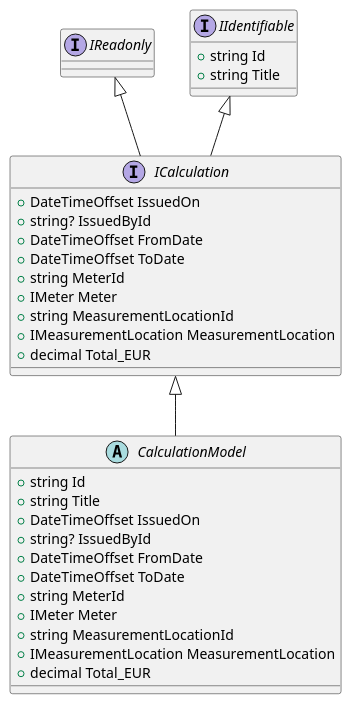
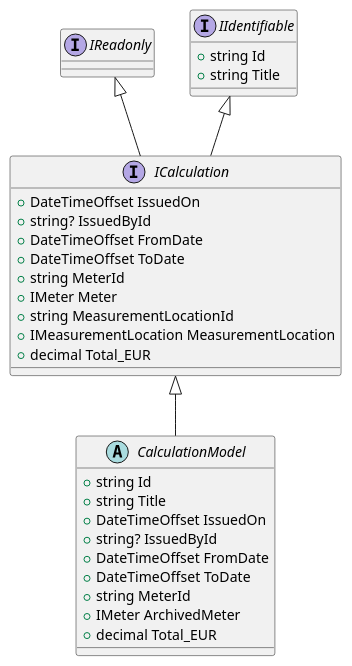
One commit to altibiz/ozds changed diagram 23 of 23 in docs/structure/business/index.md. Above: the diagram before and after it, drawn with PlantUML.

````diff
--- a/docs/structure/business/index.md
+++ b/docs/structure/business/index.md
@@ -798,41 +798,39 @@
 ```plantuml
 interface IReadonly
 
 interface IIdentifiable
 {
   + string Id
   + string Title
 }
 
 interface ICalculation
 {
   + DateTimeOffset IssuedOn
   + string? IssuedById
   + DateTimeOffset FromDate
   + DateTimeOffset ToDate
   + string MeterId
   + IMeter Meter
   + string MeasurementLocationId
   + IMeasurementLocation MeasurementLocation
   + decimal Total_EUR
 }
 
 abstract class CalculationModel
 {
   + string Id
   + string Title
   + DateTimeOffset IssuedOn
   + string? IssuedById
   + DateTimeOffset FromDate
   + DateTimeOffset ToDate
   + string MeterId
-  + IMeter Meter
-  + string MeasurementLocationId
-  + IMeasurementLocation MeasurementLocation
+  + IMeter ArchivedMeter
   + decimal Total_EUR
 }
 
 IReadonly <|-- ICalculation
 IIdentifiable <|-- ICalculation
 ICalculation <|-- CalculationModel
 ```
````
